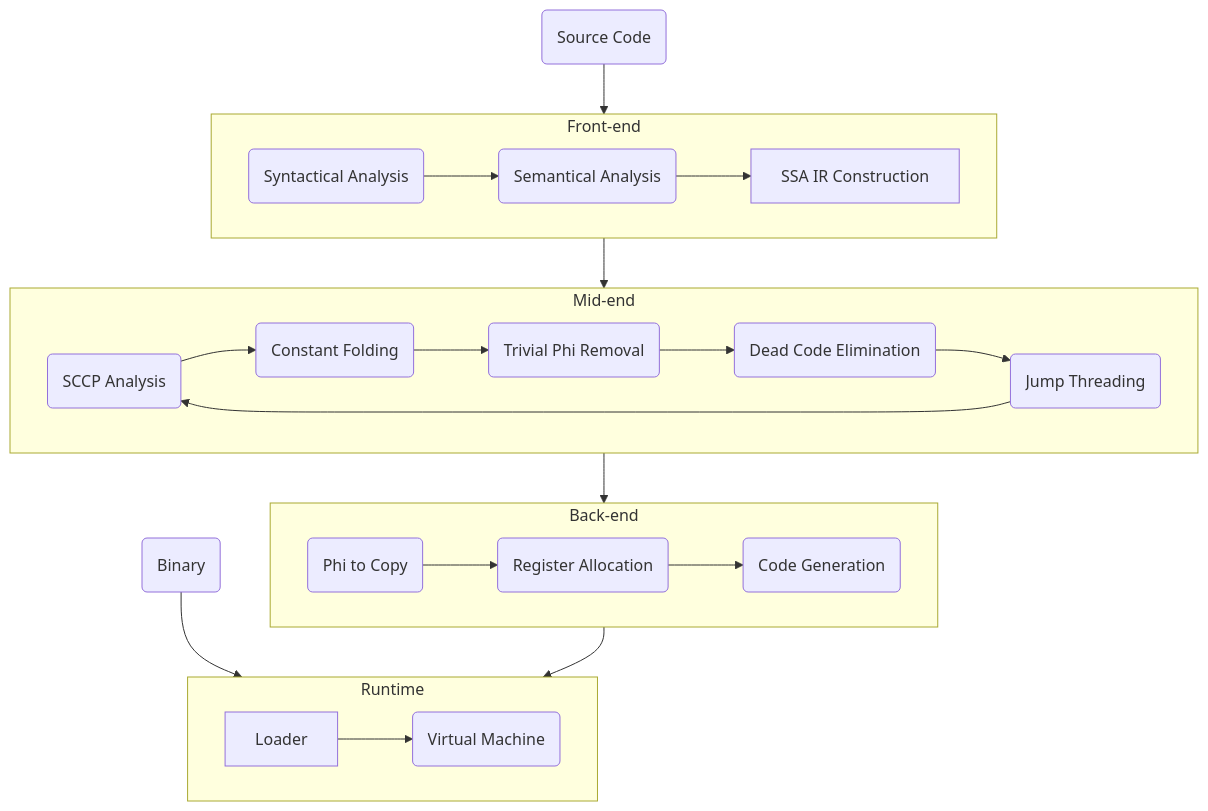
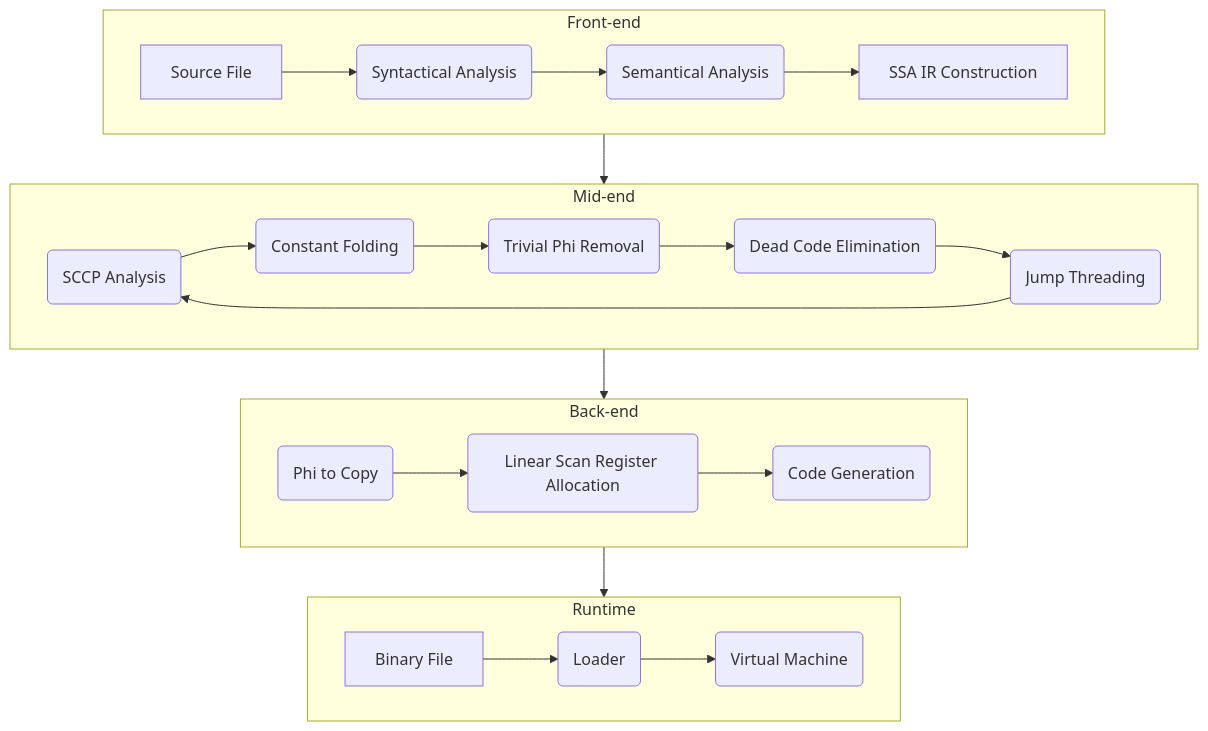
One commit to felys-lang/felys changed the diagram in README.md. Above: the diagram before and after it, drawn with Mermaid.

````diff
--- a/README.md
+++ b/README.md
@@ -24,38 +24,36 @@
 ```mermaid
 flowchart TD
-    Src(Source Code) --> Parser
-
     subgraph FrontEnd [Front-end]
         direction LR
-        Parser(Syntactical Analysis) --> Sem(Semantical Analysis)
-        Sem --> IR[SSA IR Construction]
+        FA[Source File] --> FB(Syntactical Analysis)
+        FB --> FC(Semantical Analysis)
+        FC --> IR[SSA IR Construction]
     end
 
-    IR --> SCCP
+    FrontEnd --> MidEnd
 
     subgraph MidEnd [Mid-end]
         direction LR
-        SCCP(SCCP Analysis) --> CF(Constant Folding)
-        CF --> Phi(Trivial Phi Removal)
-        Phi --> DCE(Dead Code Elimination)
-        DCE --> JT(Jump Threading)
-        JT --> SCCP
+        MA(SCCP Analysis) --> MB(Constant Folding)
+        MB --> MC(Trivial Phi Removal)
+        MC --> MD(Dead Code Elimination)
+        MD --> ME(Jump Threading)
+        ME --> MA
     end
 
-    JT --> P2C
+    MidEnd --> BackEnd
 
     subgraph BackEnd [Back-end]
         direction LR
-        P2C(Phi to Copy) --> Reg(Register Allocation)
-        Reg --> Codegen(Code Generation)
+        BA(Phi to Copy) --> BB(Linear Scan Register Allocation)
+        BB --> BC(Code Generation)
     end
 
-    Codegen --> VM
-    Bin(Binary) --> Loader
-
-    subgraph RT [Runtime]
+    BackEnd --> Runtime
+    
+    subgraph Runtime [Runtime]
         direction LR
-        Loader --> VM
-        VM(Virtual Machine)
+        RA[Binary File] --> RB(Loader)
+        RB --> VM(Virtual Machine)
     end
 ```
````
